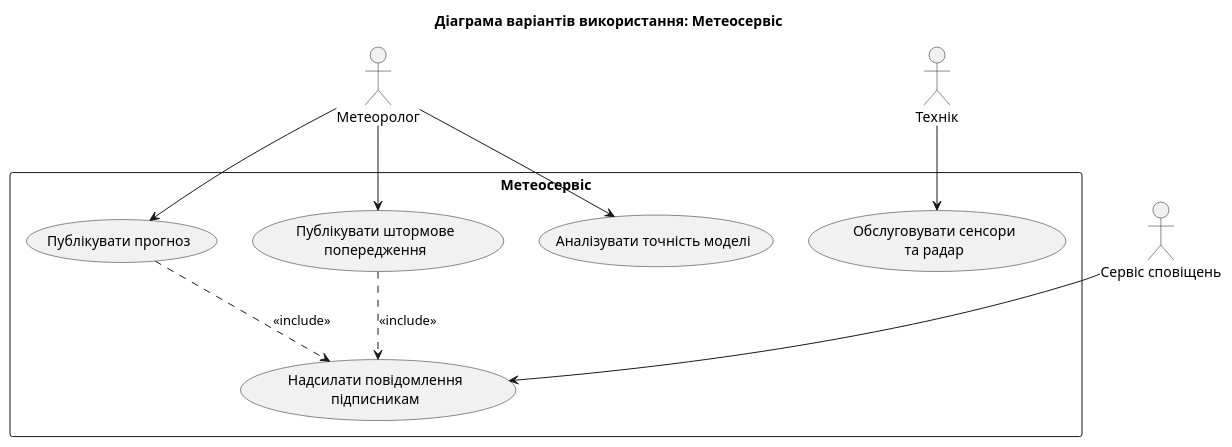
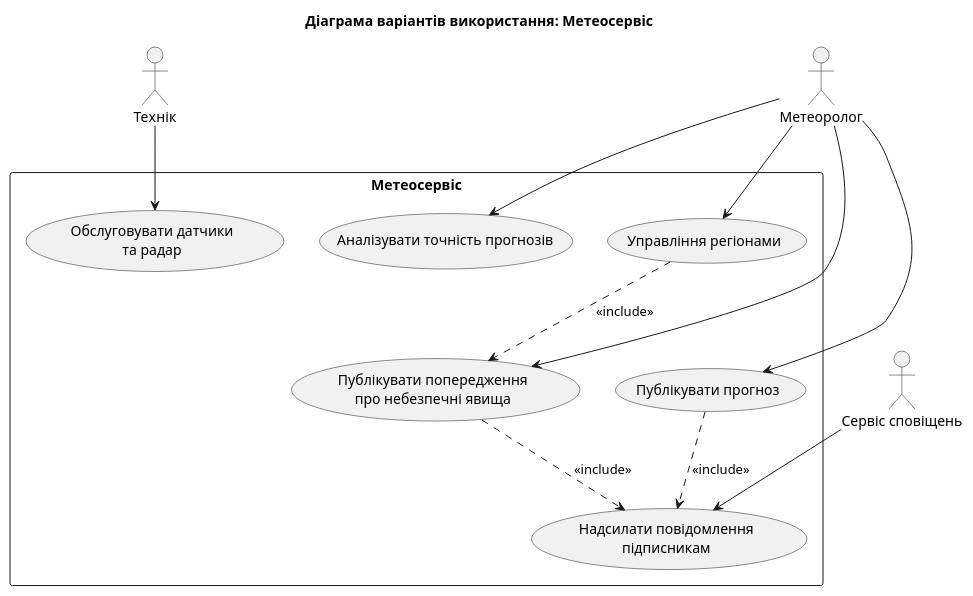
The diagram in docs/usecase.puml (MartynenkoMS/INDZ), drawn with PlantUML before and after one commit. The commit also changed 4 other files, not shown here.

```diff
--- a/docs/usecase.puml
+++ b/docs/usecase.puml
@@ -1,25 +1,28 @@
 @startuml
 title Діаграма варіантів використання: Метеосервіс
 
 actor "Метеоролог" as Meteorologist
 actor "Технік" as Technician
 actor "Сервіс сповіщень" as NotifService
 
 rectangle "Метеосервіс" {
-  usecase "Обслуговувати сенсори\nта радар" as UC1
+  usecase "Обслуговувати датчики\nта радар" as UC1
   usecase "Публікувати прогноз" as UC2
-  usecase "Публікувати штормове\nпопередження" as UC3
-  usecase "Аналізувати точність моделі" as UC4
+  usecase "Публікувати попередження\nпро небезпечні явища" as UC3
+  usecase "Аналізувати точність прогнозів" as UC4
   usecase "Надсилати повідомлення\nпідписникам" as UC5
+  usecase "Управління регіонами" as UC6
 }
 
 Technician --> UC1
 Meteorologist --> UC2
 Meteorologist --> UC3
 Meteorologist --> UC4
+Meteorologist --> UC6
 NotifService --> UC5
 
 UC2 ..> UC5 : <<include>>
 UC3 ..> UC5 : <<include>>
+UC6 ..> UC3 : <<include>>
 
 @enduml
```
